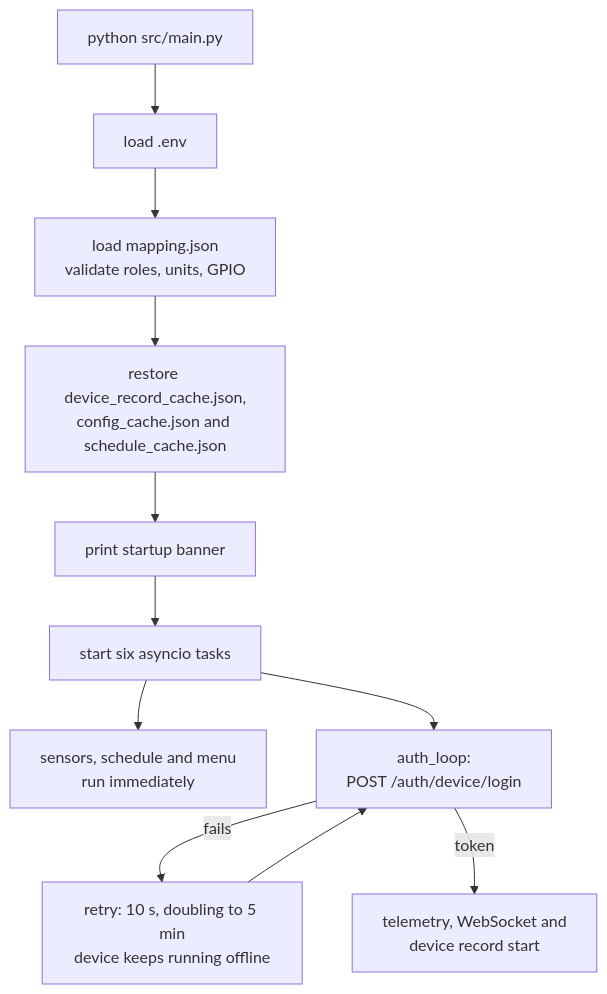
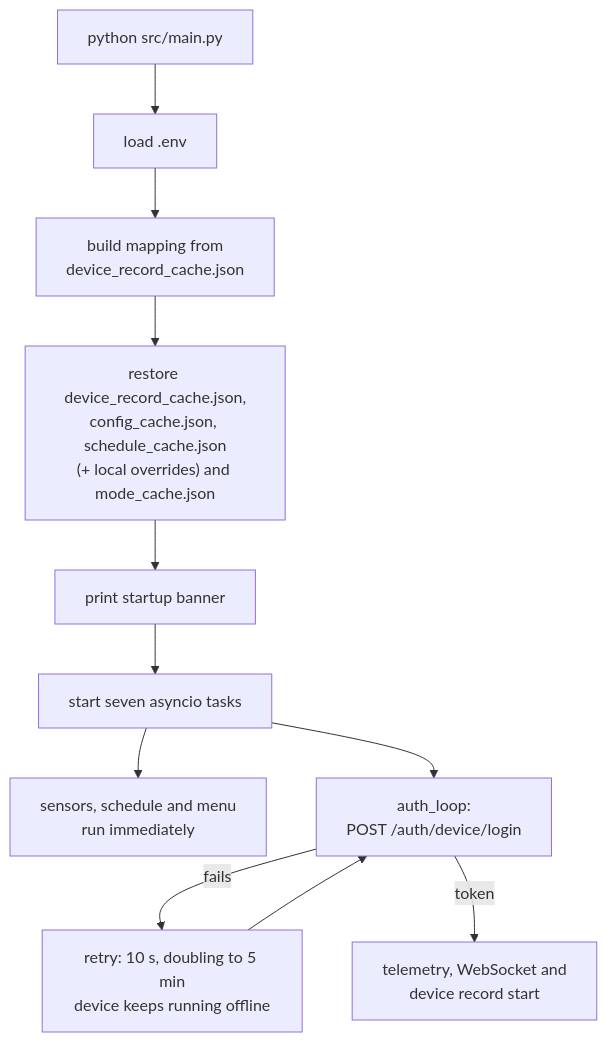
The second of 8 diagrams in README.md (mehrab-ghasemzadeh/boilerRoom-edge), drawn with Mermaid before and after one commit. The commit also changed other lines of this file and 26 other files, not shown here.

````diff
--- a/README.md
+++ b/README.md
@@ -72,14 +76,14 @@
 ```mermaid
 flowchart TD
     A["python src/main.py"] --> B["load .env"]
-    B --> C["load mapping.json<br/>validate roles, units, GPIO"]
-    C --> D["restore device_record_cache.json,<br/>config_cache.json and schedule_cache.json"]
+    B --> C["build mapping from<br/>device_record_cache.json"]
+    C --> D["restore device_record_cache.json,<br/>config_cache.json, schedule_cache.json<br/>(+ local overrides) and mode_cache.json"]
     D --> E["print startup banner"]
-    E --> F["start six asyncio tasks"]
+    E --> F["start seven asyncio tasks"]
 
     F --> G["sensors, schedule and menu<br/>run immediately"]
     F --> H["auth_loop:<br/>POST /auth/device/login"]
     H -->|fails| I["retry: 10 s, doubling to 5 min<br/>device keeps running offline"]
     I --> H
     H -->|token| J["telemetry, WebSocket and<br/>device record start"]
 ```
````
